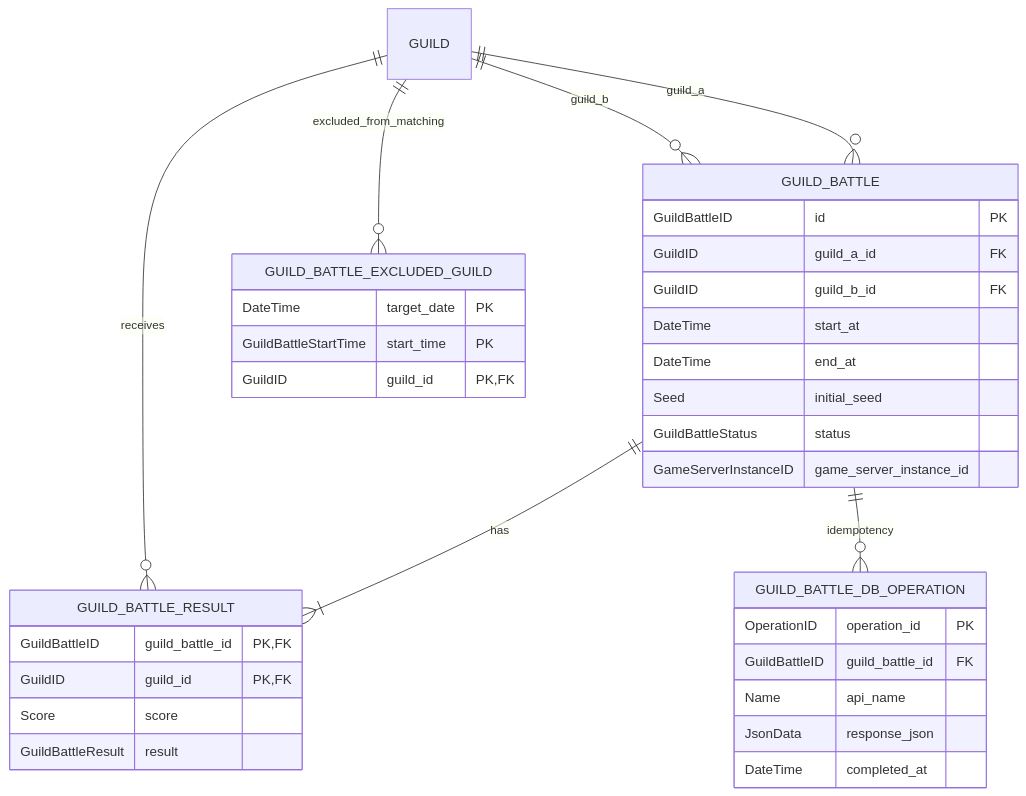
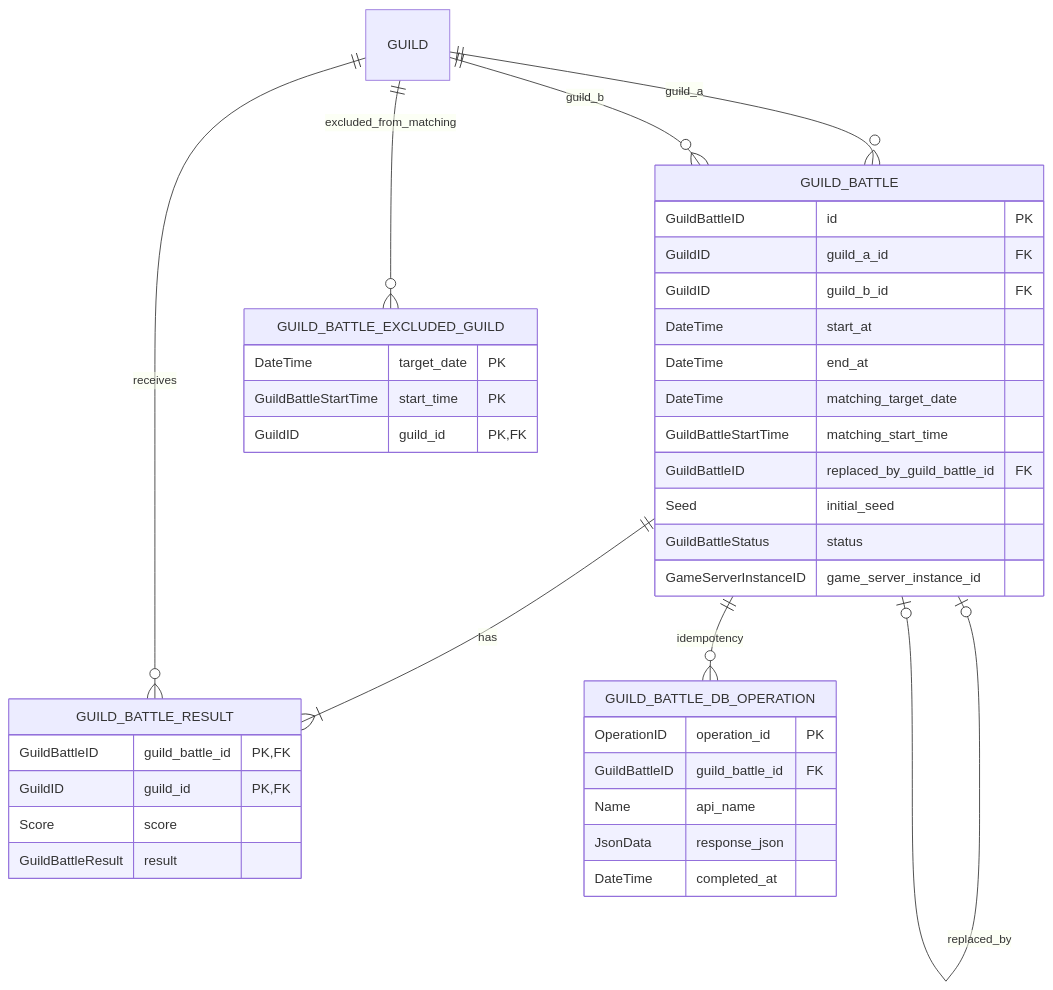
One commit to ReHydrangeaOdyssey/Specifications changed the fifth of 8 diagrams in design/server/data_base.md. Above: the diagram before and after it, drawn with Mermaid. The commit also changed other lines of this file and 17 other files, not shown here.

````diff
--- a/design/server/data_base.md
+++ b/design/server/data_base.md
@@ -407,41 +407,45 @@
 ```mermaid
 erDiagram
     GUILD_BATTLE {
         GuildBattleID id PK
         GuildID guild_a_id FK
         GuildID guild_b_id FK
         DateTime start_at
         DateTime end_at
+        DateTime matching_target_date
+        GuildBattleStartTime matching_start_time
+        GuildBattleID replaced_by_guild_battle_id FK
         Seed initial_seed
         GuildBattleStatus status
         GameServerInstanceID game_server_instance_id
     }
 
     GUILD_BATTLE_RESULT {
         GuildBattleID guild_battle_id PK, FK
         GuildID guild_id PK, FK
         Score score
         GuildBattleResult result
     }
 
     GUILD_BATTLE_DB_OPERATION {
         OperationID operation_id PK
         GuildBattleID guild_battle_id FK
         Name api_name
         JsonData response_json
         DateTime completed_at
     }
 
     GUILD_BATTLE_EXCLUDED_GUILD {
         DateTime target_date PK
         GuildBattleStartTime start_time PK
         GuildID guild_id PK, FK
     }
 
     GUILD ||--o{ GUILD_BATTLE : guild_a
     GUILD ||--o{ GUILD_BATTLE : guild_b
     GUILD_BATTLE ||--|{ GUILD_BATTLE_RESULT : has
     GUILD ||--o{ GUILD_BATTLE_RESULT : receives
     GUILD_BATTLE ||--o{ GUILD_BATTLE_DB_OPERATION : idempotency
+    GUILD_BATTLE |o--o| GUILD_BATTLE : replaced_by
     GUILD ||--o{ GUILD_BATTLE_EXCLUDED_GUILD : excluded_from_matching
 ```
````
